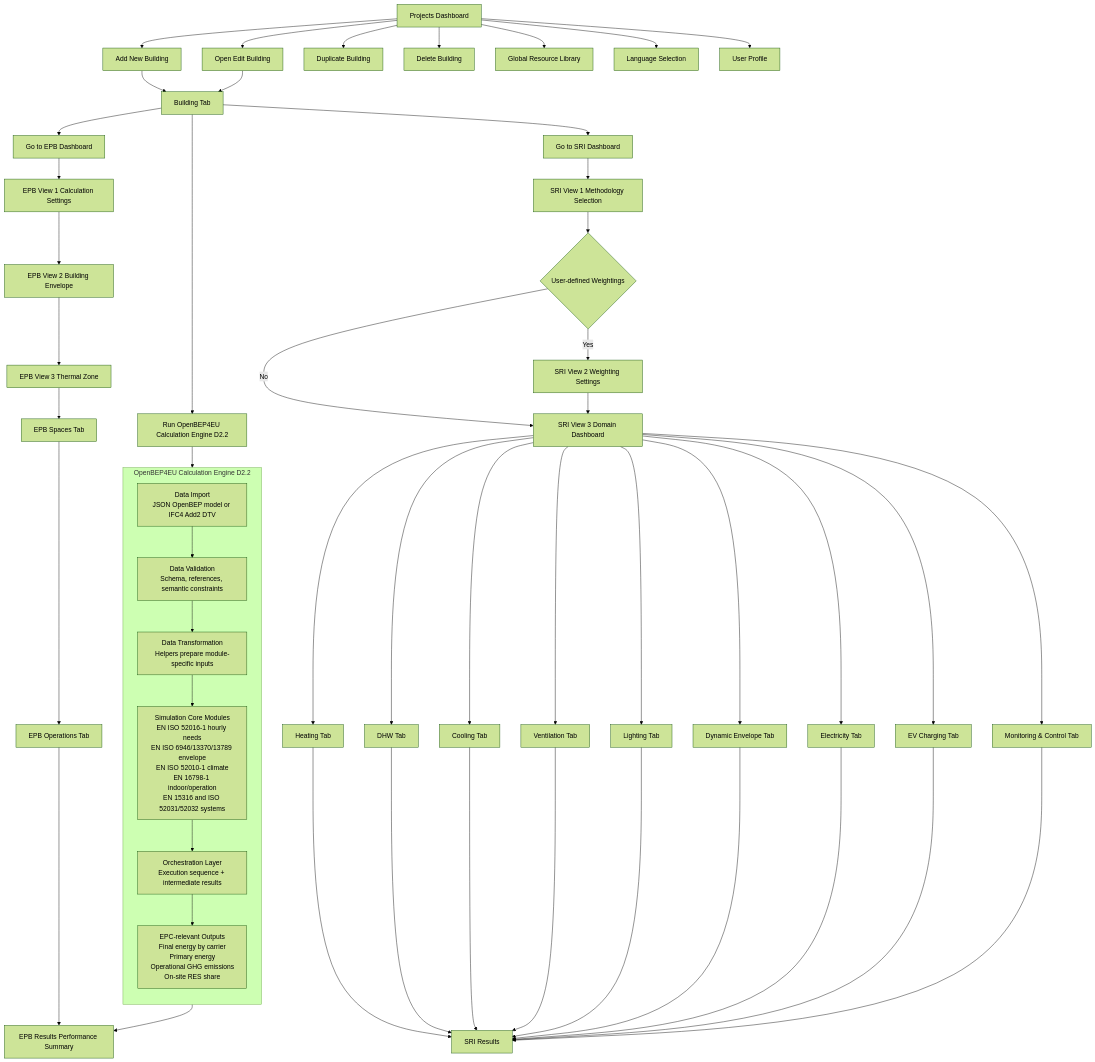
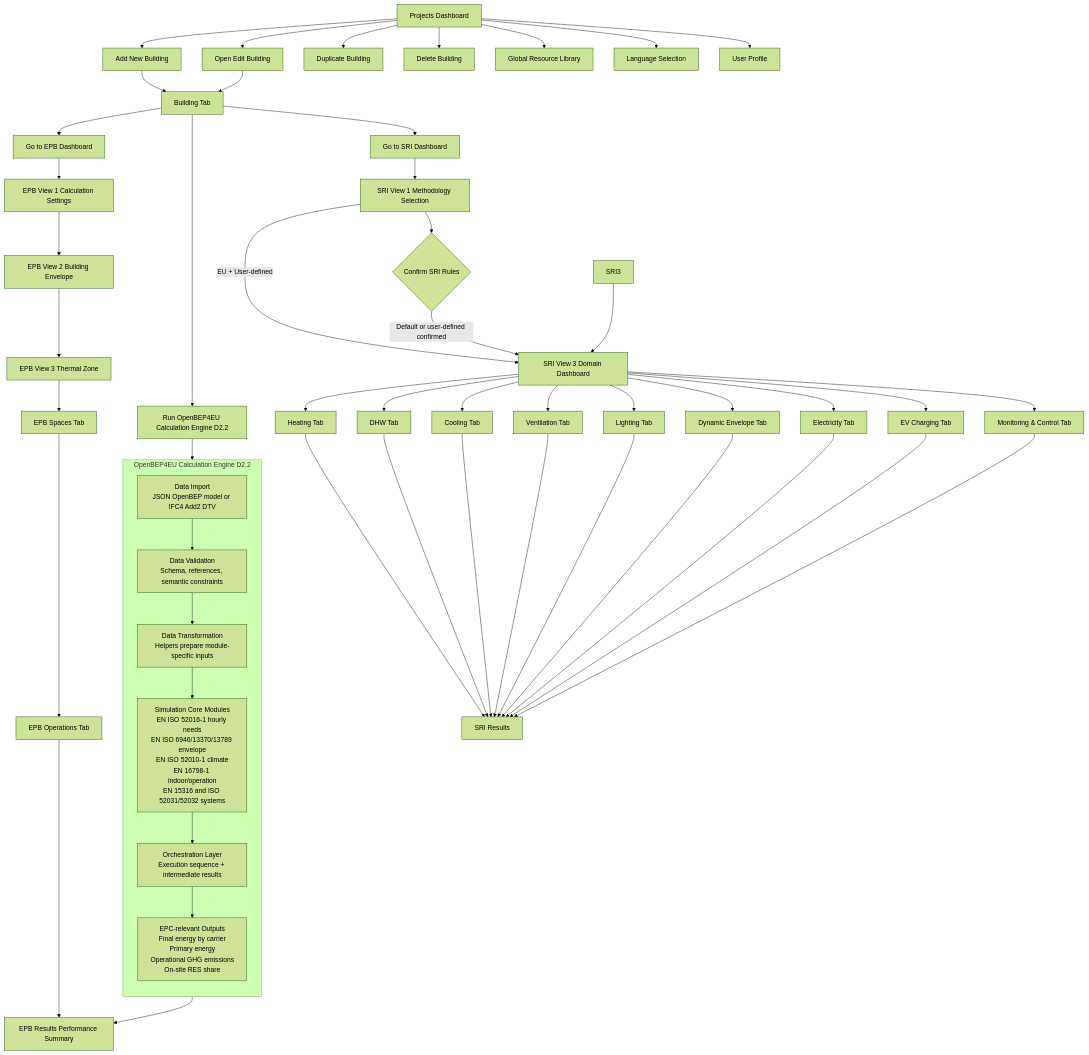
Before and after one commit to pantazis/-building-performance-app: the diagram in plan.mmd, drawn with Mermaid (forest theme). The commit also changed 22 other files, not shown here.

```diff
--- a/plan.mmd
+++ b/plan.mmd
@@ -1,64 +1,64 @@
 flowchart TD
 
 A[Projects Dashboard] --> B[Add New Building]
 A --> C[Open Edit Building]
 A --> D[Duplicate Building]
 A --> E[Delete Building]
 A --> F[Global Resource Library]
 A --> G[Language Selection]
 A --> H[User Profile]
 
 B --> I[Building Tab]
 C --> I
 
 I --> J[Go to EPB Dashboard]
 I --> K[Go to SRI Dashboard]
 
 J --> EPB1[EPB View 1 Calculation Settings]
 EPB1 --> EPB2[EPB View 2 Building Envelope]
 EPB2 --> EPB3[EPB View 3 Thermal Zone]
 EPB3 --> EPBSPACES[EPB Spaces Tab]
 EPBSPACES --> EPBOPS[EPB Operations Tab]
 EPBOPS --> EPB4[EPB Results Performance Summary]
 
 K --> SRI1[SRI View 1 Methodology Selection]
-SRI1 --> SRI2{User-defined Weightings}
-SRI2 -->|Yes| SRI3[SRI View 2 Weighting Settings]
-SRI2 -->|No| SRI4[SRI View 3 Domain Dashboard]
+SRI1 --> SRI2{Confirm SRI Rules}
+SRI1 -->|EU + User-defined| SRI4[SRI View 3 Domain Dashboard]
+SRI2 -->|Default or user-defined confirmed| SRI4[SRI View 3 Domain Dashboard]
 SRI3 --> SRI4
 
 SRI4 --> SRI5[Heating Tab]
 SRI4 --> SRI6[DHW Tab]
 SRI4 --> SRI7[Cooling Tab]
 SRI4 --> SRI8[Ventilation Tab]
 SRI4 --> SRI9[Lighting Tab]
 SRI4 --> SRI10[Dynamic Envelope Tab]
 SRI4 --> SRI11[Electricity Tab]
 SRI4 --> SRI12[EV Charging Tab]
 SRI4 --> SRI13[Monitoring & Control Tab]
 
 SRI5 --> SRI14[SRI Results]
 SRI6 --> SRI14[SRI Results]
 SRI7 --> SRI14[SRI Results]
 SRI8 --> SRI14[SRI Results]
 SRI9 --> SRI14[SRI Results]
 SRI10 --> SRI14[SRI Results]
 SRI11 --> SRI14[SRI Results]
 SRI12 --> SRI14[SRI Results]
 SRI13 --> SRI14[SRI Results]
 
 %% D2.2 Advanced EU Kernel EPC Engine integration
 I --> CE0[Run OpenBEP4EU Calculation Engine D2.2]
 
 subgraph CE[OpenBEP4EU Calculation Engine D2.2]
 direction TB
 CE1[Data Import\nJSON OpenBEP model or IFC4 Add2 DTV]
 CE2[Data Validation\nSchema, references, semantic constraints]
 CE3[Data Transformation\nHelpers prepare module-specific inputs]
 CE4[Simulation Core Modules\nEN ISO 52016-1 hourly needs\nEN ISO 6946/13370/13789 envelope\nEN ISO 52010-1 climate\nEN 16798-1 indoor/operation\nEN 15316 and ISO 52031/52032 systems]
 CE5[Orchestration Layer\nExecution sequence + intermediate results]
 CE6[EPC-relevant Outputs\nFinal energy by carrier\nPrimary energy\nOperational GHG emissions\nOn-site RES share]
 end
 
 CE0 --> CE1 --> CE2 --> CE3 --> CE4 --> CE5 --> CE6
 CE6 --> EPB4
```
